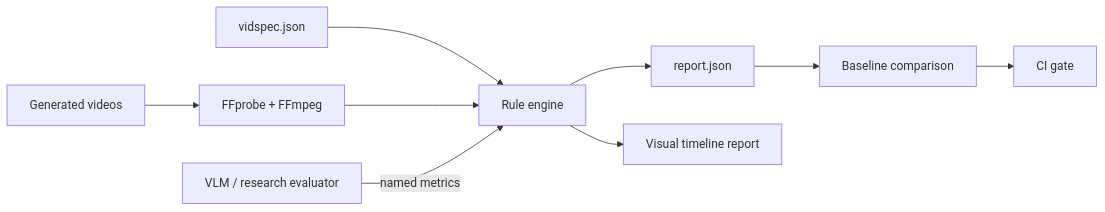
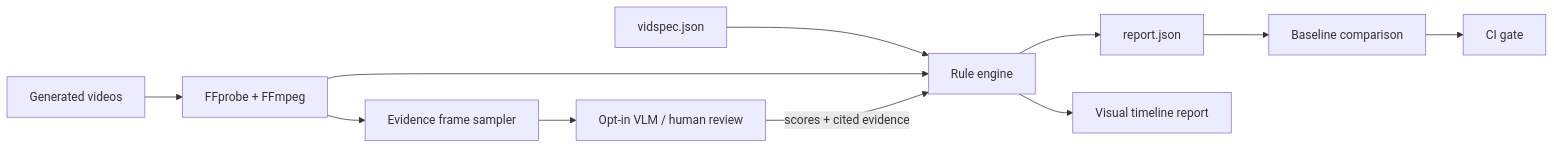
One commit to yingwang/inktofilm changed the diagram in README.md. Above: the diagram before and after it, drawn with Mermaid. The commit also changed other lines of this file and 20 other files, not shown here.

````diff
--- a/README.md
+++ b/README.md
@@ -138,11 +200,13 @@
 ```mermaid
 flowchart LR
-    S[vidspec.json] --> R[Rule engine]
+    Q[vidspec.json] --> R[Rule engine]
     V[Generated videos] --> F[FFprobe + FFmpeg]
+    F --> FS[Evidence frame sampler]
     F --> R
-    E[VLM / research evaluator] -->|named metrics| R
+    FS --> E[Opt-in VLM / human review]
+    E -->|scores + cited evidence| R
     R --> J[report.json]
     R --> H[Visual timeline report]
     J --> C[Baseline comparison]
     C --> G[CI gate]
 ```
````
